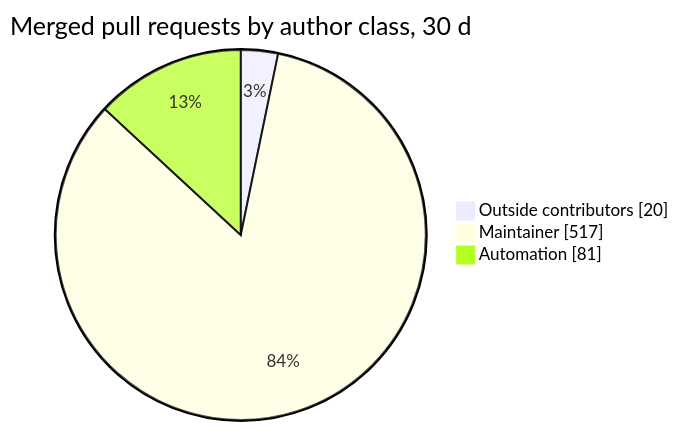
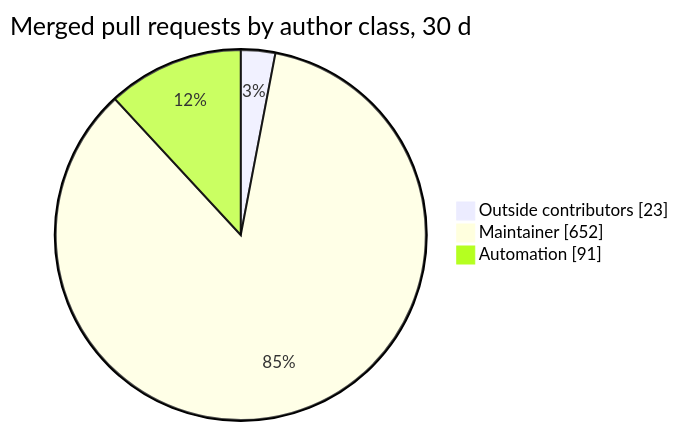
One commit to sipyourdrink-ltd/bernstein changed the third of 3 diagrams in project-pulse.md. Above: the diagram before and after it, drawn with Mermaid. The commit also changed other lines of this file and 4 other files, not shown here.

````diff
--- a/project-pulse.md
+++ b/project-pulse.md
@@ -49,7 +49,7 @@
 ```mermaid
 pie showData
     title Merged pull requests by author class, 30 d
-    "Outside contributors" : 20
-    "Maintainer" : 517
-    "Automation" : 81
+    "Outside contributors" : 23
+    "Maintainer" : 652
+    "Automation" : 91
 ```
````
